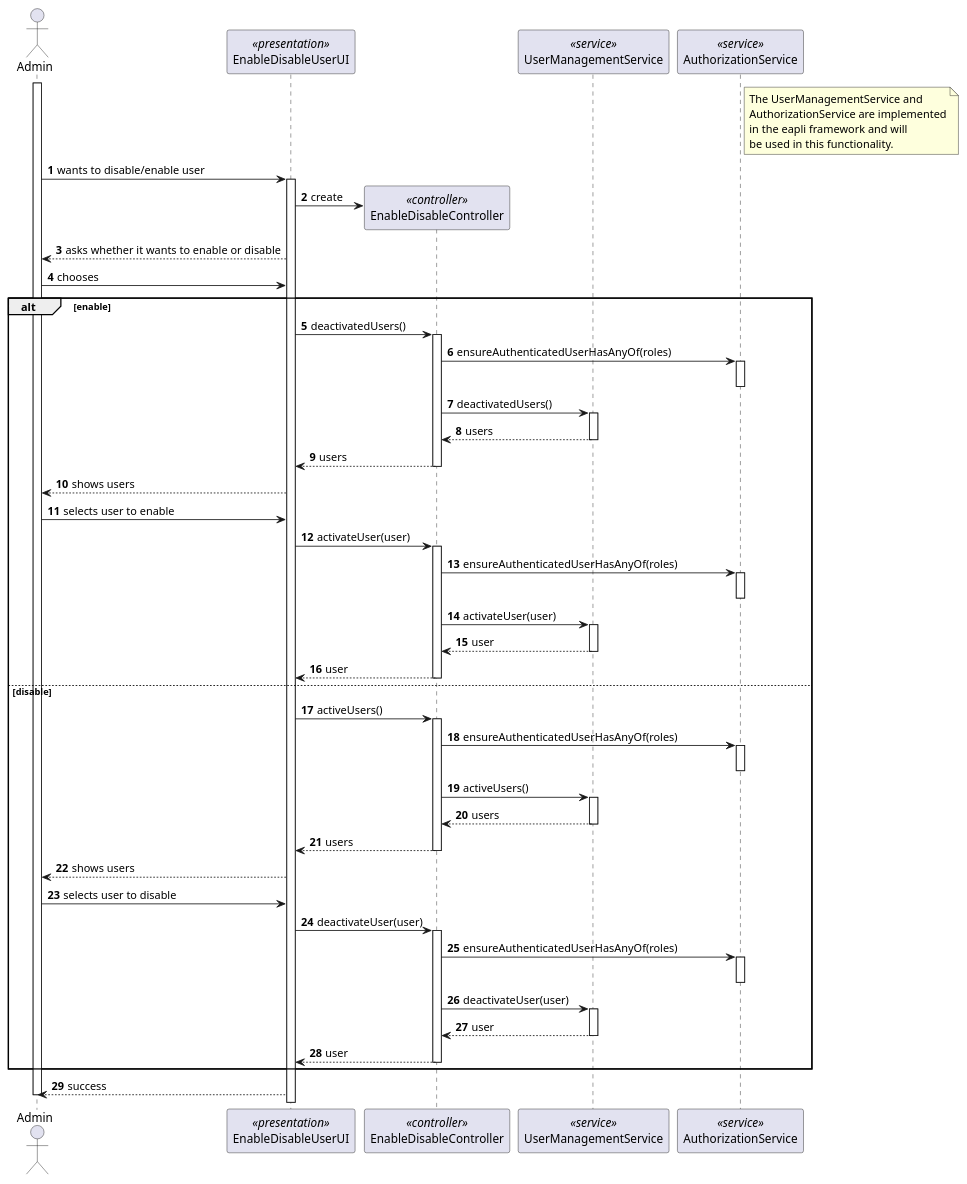
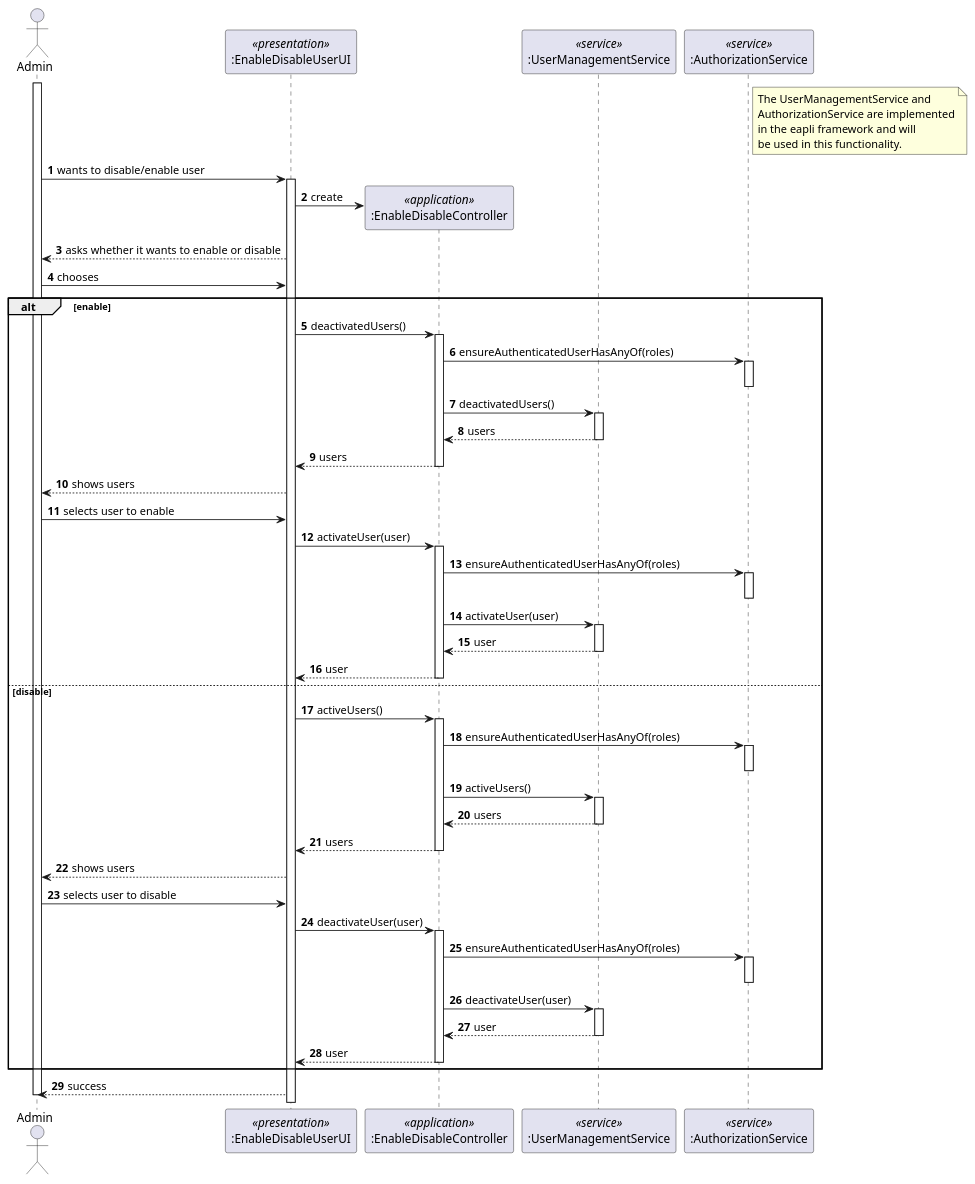
One commit to rita-barbosa/LAPR4-2324 changed the diagram in docs/sb_us_1000/sequence-diagram-disable-enable-user.puml. Above: the diagram before and after it, drawn with PlantUML. The commit also changed 15 other files, not shown here.

Commit message:
docs: corrects participants declaration in sequence diagrams of us's 1000, 1001, 1009 and g007. [#116]

```diff
--- a/docs/sb_us_1000/sequence-diagram-disable-enable-user.puml
+++ b/docs/sb_us_1000/sequence-diagram-disable-enable-user.puml
@@ -1,113 +1,113 @@
 @startuml
 autonumber
 
 
 actor "Admin" as AD
 
-participant "EnableDisableUserUI" as UI <<presentation>>
-participant "EnableDisableController" as CTRL <<controller>>
-participant "UserManagementService" as UMS <<service>>
-participant "AuthorizationService" as AUTHZ <<service>>
+participant ":EnableDisableUserUI" as UI <<presentation>>
+participant ":EnableDisableController" as CTRL <<application>>
+participant ":UserManagementService" as UMS <<service>>
+participant ":AuthorizationService" as AUTHZ <<service>>
 
 note right AUTHZ
 The UserManagementService and
 AuthorizationService are implemented
 in the eapli framework and will
 be used in this functionality.
 end note
 
 
 activate AD
 
 AD -> UI : wants to disable/enable user
 activate UI
 
 UI -> CTRL**: create
 
 UI --> AD: asks whether it wants to enable or disable
 
 AD -> UI : chooses
 
 alt enable
 
 UI ->   CTRL: deactivatedUsers()
 activate CTRL
 
 CTRL -> AUTHZ:  ensureAuthenticatedUserHasAnyOf(roles)
 activate AUTHZ
 deactivate AUTHZ
 
 
 CTRL -> UMS: deactivatedUsers()
 activate UMS
 
 UMS --> CTRL: users
 deactivate UMS
 
 CTRL --> UI: users
 deactivate CTRL
 
 UI --> AD: shows users
 AD -> UI: selects user to enable
 
 UI -> CTRL: activateUser(user)
 activate CTRL
 
 CTRL -> AUTHZ:  ensureAuthenticatedUserHasAnyOf(roles)
 activate AUTHZ
 deactivate AUTHZ
 
 CTRL -> UMS : activateUser(user)
 activate UMS
 
 UMS --> CTRL : user
 deactivate UMS
 
 CTRL --> UI : user
 deactivate CTRL
 
 else disable
 
 UI ->   CTRL: activeUsers()
 activate CTRL
 
 CTRL -> AUTHZ:  ensureAuthenticatedUserHasAnyOf(roles)
 activate AUTHZ
 deactivate AUTHZ
 
 CTRL -> UMS: activeUsers()
 activate UMS
 
 UMS --> CTRL: users
 deactivate UMS
 
 CTRL --> UI: users
 deactivate CTRL
 
 UI --> AD: shows users
 AD -> UI: selects user to disable
 
 UI -> CTRL: deactivateUser(user)
 activate CTRL
 
 CTRL -> AUTHZ:  ensureAuthenticatedUserHasAnyOf(roles)
 activate AUTHZ
 deactivate AUTHZ
 
 CTRL -> UMS : deactivateUser(user)
 activate UMS
 
 UMS --> CTRL : user
 deactivate UMS
 
 CTRL --> UI : user
 deactivate CTRL
 
 
 end
 
 UI --> AD: success
 
 deactivate AD
 
 @enduml
```
